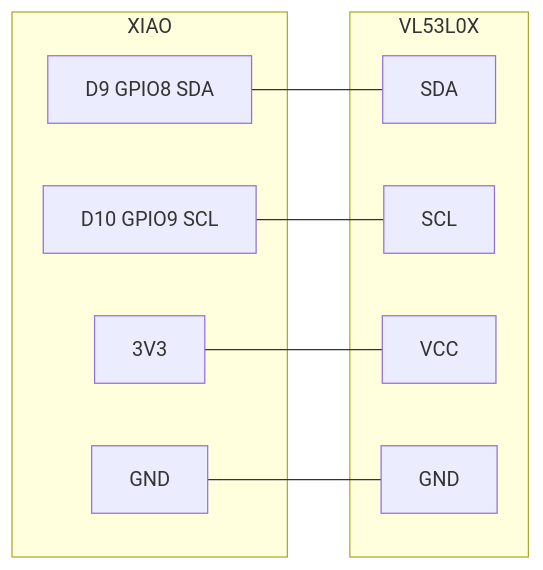
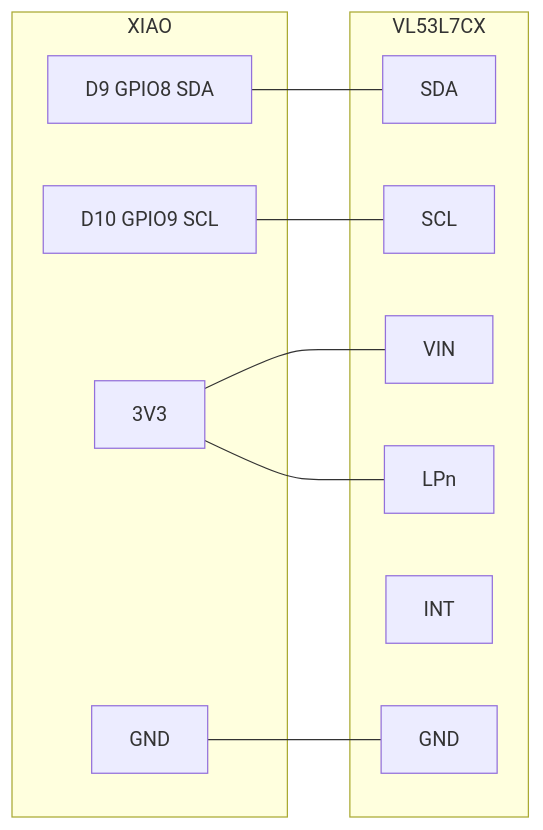
One commit to soulhiler/Dengojui-Ardu changed the third of 3 diagrams in docs/hardware/wiring-xiao-motor-tof.md. Above: the diagram before and after it, drawn with Mermaid. The commit also changed other lines of this file and 7 other files, not shown here.

````diff
--- a/docs/hardware/wiring-xiao-motor-tof.md
+++ b/docs/hardware/wiring-xiao-motor-tof.md
@@ -147,21 +149,24 @@
 ```mermaid
 flowchart LR
   subgraph X["XIAO"]
     D9["D9  GPIO8  SDA"]
     D10["D10 GPIO9  SCL"]
     V33["3V3"]
     G["GND"]
   end
 
-  subgraph V["VL53L0X"]
+  subgraph V["VL53L7CX"]
+    VIN["VIN"]
+    GND["GND"]
+    SCL["SCL"]
     SDA["SDA"]
-    SCL["SCL"]
-    VCC["VCC"]
-    GND["GND"]
+    INT["INT"]
+    LPN["LPn"]
   end
 
+  V33 --- VIN
+  G --- GND
+  D10 --- SCL
   D9 --- SDA
-  D10 --- SCL
-  V33 --- VCC
-  G --- GND
+  V33 --- LPN
 ```
````
